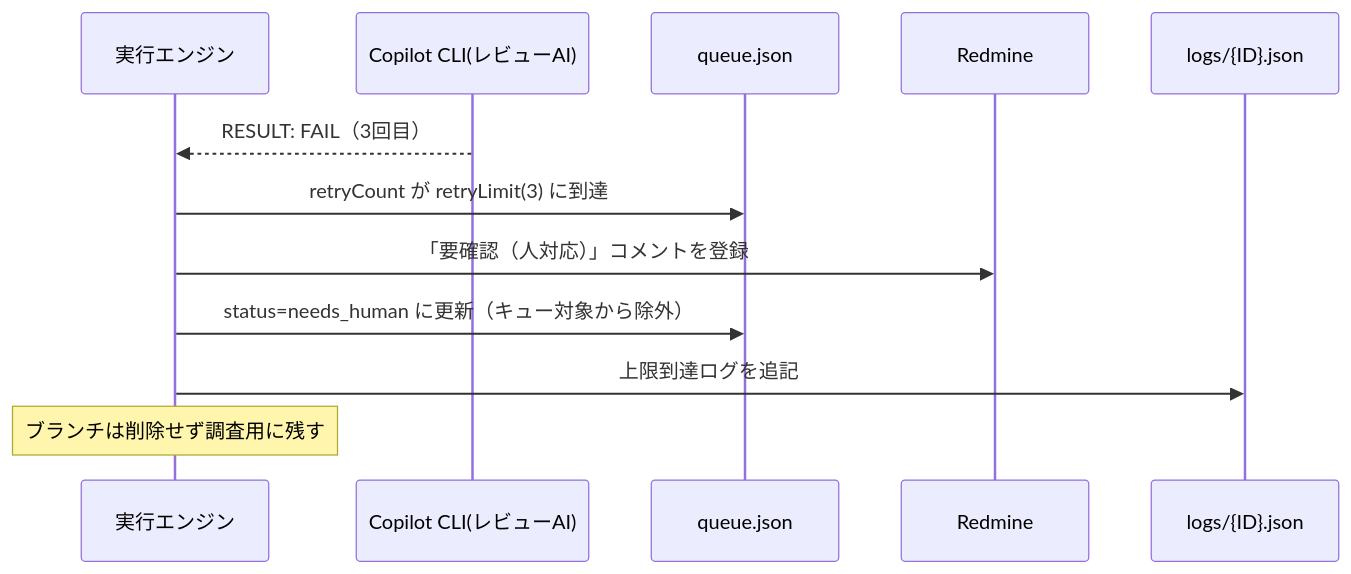
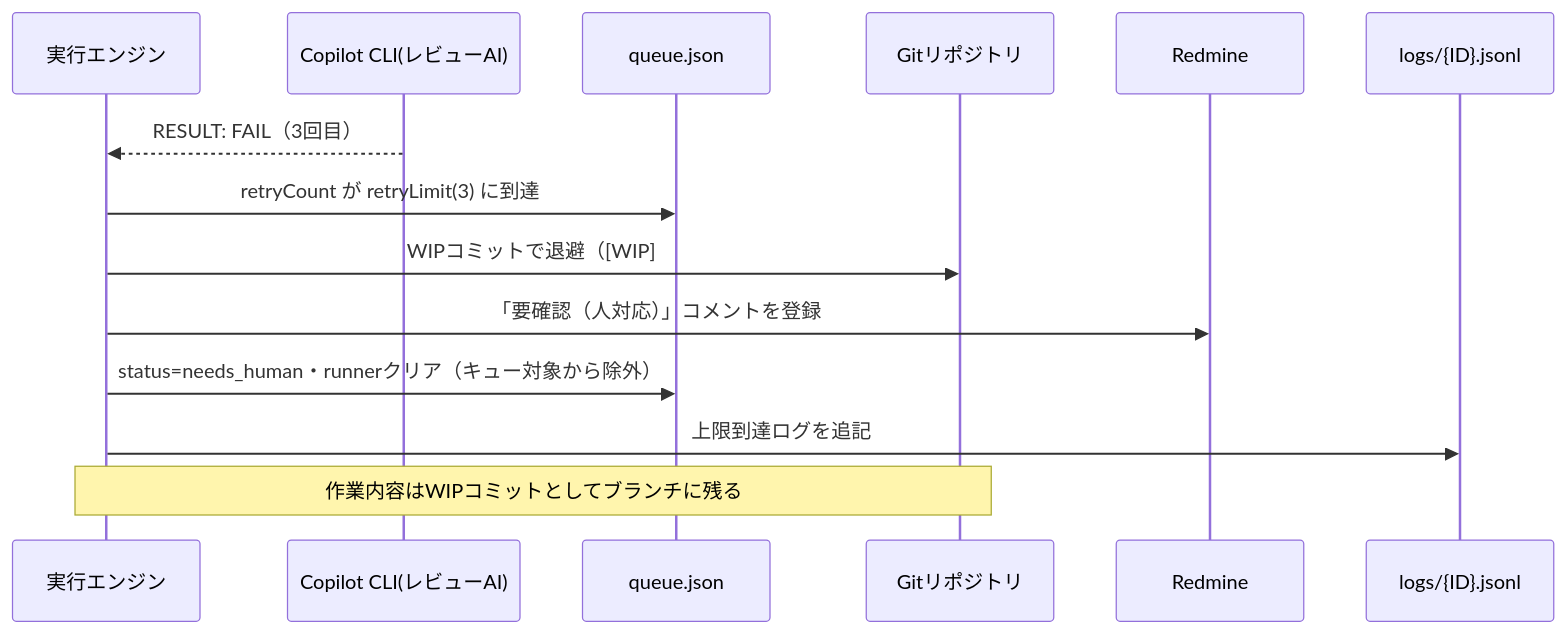
One commit to theta1211/Lychee-redmine-loop-engineering- changed the fourth of 9 diagrams in docs/design/sequence.md. Above: the diagram before and after it, drawn with Mermaid. The commit also changed other lines of this file and 5 other files, not shown here.

````diff
--- a/docs/design/sequence.md
+++ b/docs/design/sequence.md
@@ -71,15 +76,17 @@
 ```mermaid
 sequenceDiagram
     participant E as 実行エンジン
     participant CR as Copilot CLI(レビューAI)
     participant Q as queue.json
+    participant G as Gitリポジトリ
     participant R as Redmine
-    participant L as logs/{ID}.json
+    participant L as logs/{ID}.jsonl
 
     CR-->>E: RESULT: FAIL（3回目）
     E->>Q: retryCount が retryLimit(3) に到達
+    E->>G: WIPコミットで退避（[WIP] #1234 件名）
     E->>R: 「要確認（人対応）」コメントを登録
-    E->>Q: status=needs_human に更新（キュー対象から除外）
+    E->>Q: status=needs_human・runnerクリア（キュー対象から除外）
     E->>L: 上限到達ログを追記
-    Note over E: ブランチは削除せず調査用に残す
+    Note over E,G: 作業内容はWIPコミットとしてブランチに残る
 ```
````
